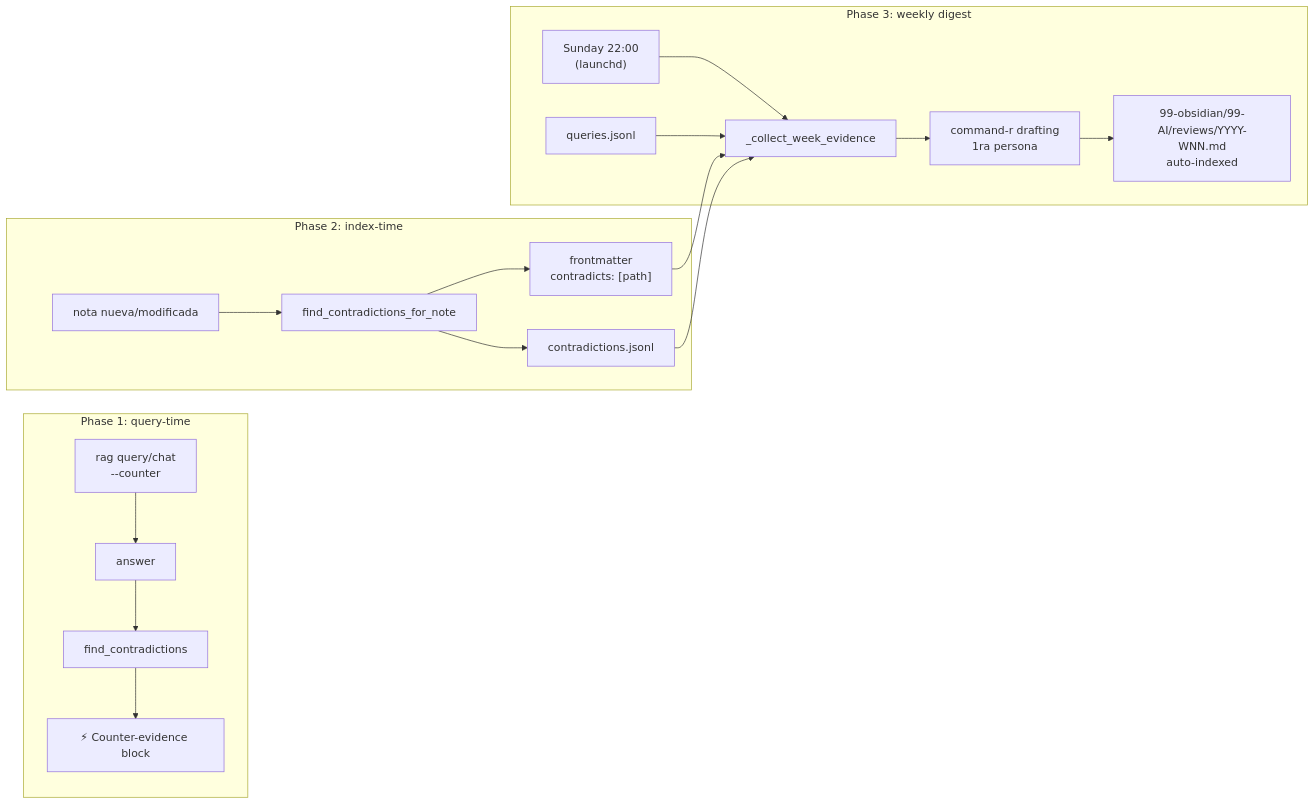
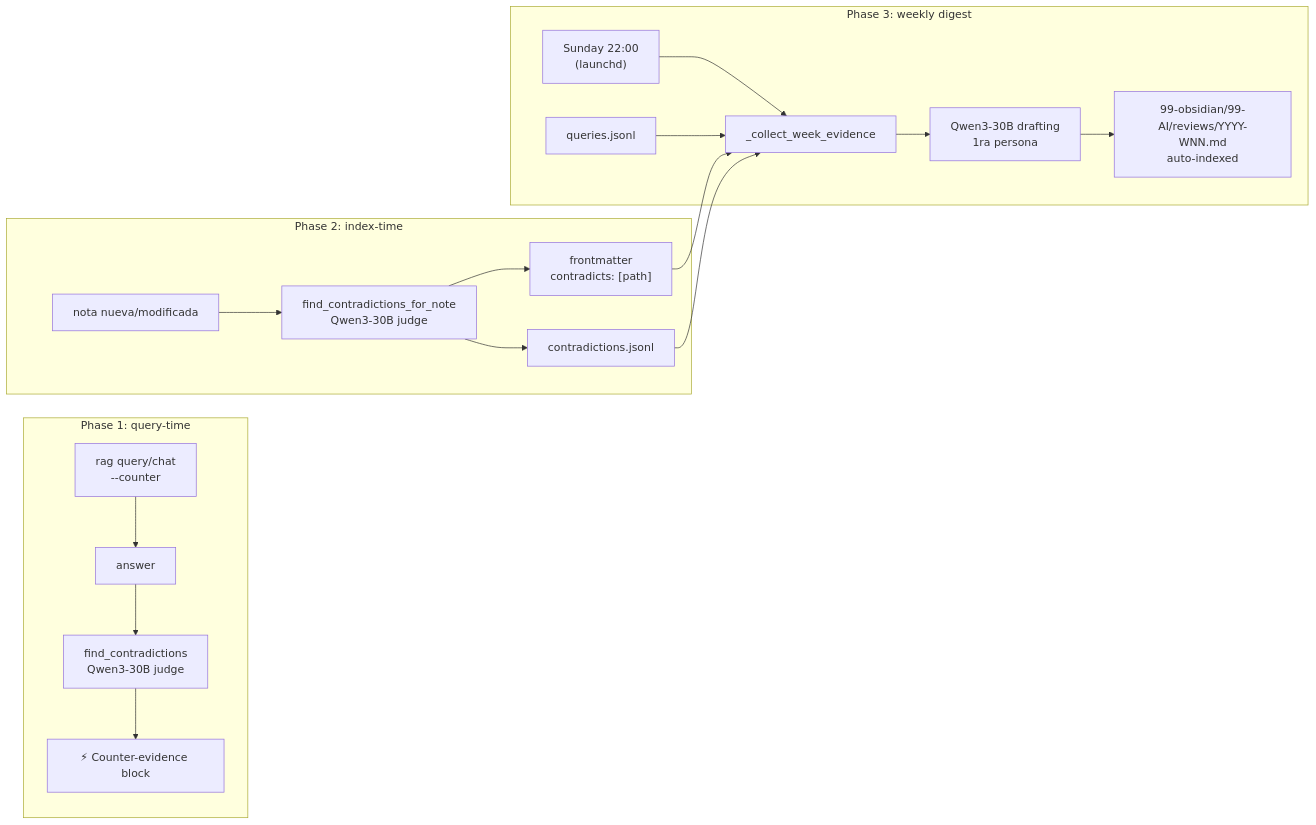
The fourth of 5 diagrams in README.md (jagoff/rag-obsidian), drawn with Mermaid before and after one commit. The commit also changed other lines of this file and 22 other files, not shown here.

````diff
--- a/README.md
+++ b/README.md
@@ -260,21 +290,21 @@
 ```mermaid
 flowchart LR
     subgraph P1[Phase 1: query-time]
         Q[rag query/chat<br/>--counter] --> A[answer]
-        A --> Find1[find_contradictions]
+        A --> Find1[find_contradictions<br/>Qwen3-30B judge]
         Find1 --> Render[⚡ Counter-evidence block]
     end
     subgraph P2[Phase 2: index-time]
-        Edit[nota nueva/modificada] --> Find2[find_contradictions_for_note]
+        Edit[nota nueva/modificada] --> Find2[find_contradictions_for_note<br/>Qwen3-30B judge]
         Find2 --> FM["frontmatter<br/>contradicts: [path]"]
         Find2 --> JSONL[contradictions.jsonl]
     end
     subgraph P3[Phase 3: weekly digest]
         Cron["Sunday 22:00<br/>(launchd)"] --> Collect[_collect_week_evidence]
         FM --> Collect
         JSONL --> Collect
         QLogD[queries.jsonl] --> Collect
-        Collect --> Draft[command-r drafting<br/>1ra persona]
+        Collect --> Draft[Qwen3-30B drafting<br/>1ra persona]
         Draft --> Note[99-obsidian/99-AI/reviews/YYYY-WNN.md<br/>auto-indexed]
     end
 ```
````
